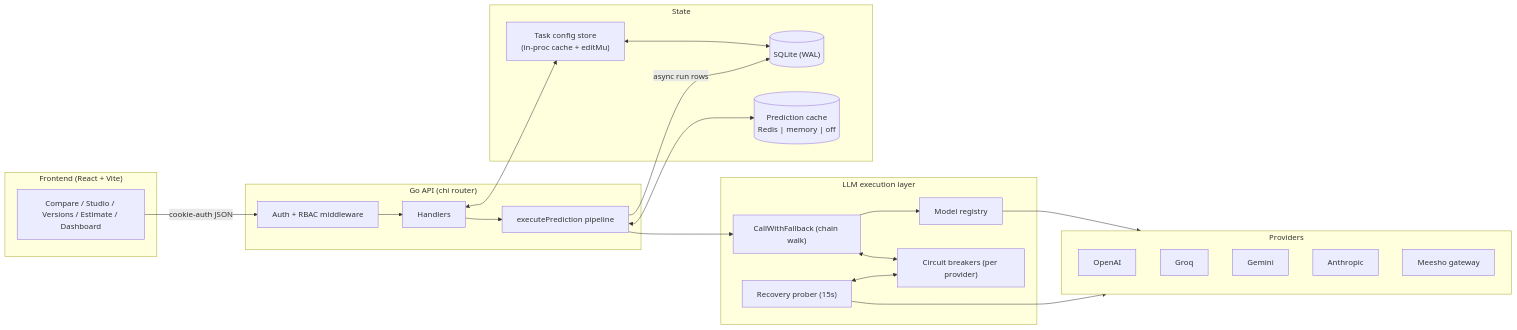
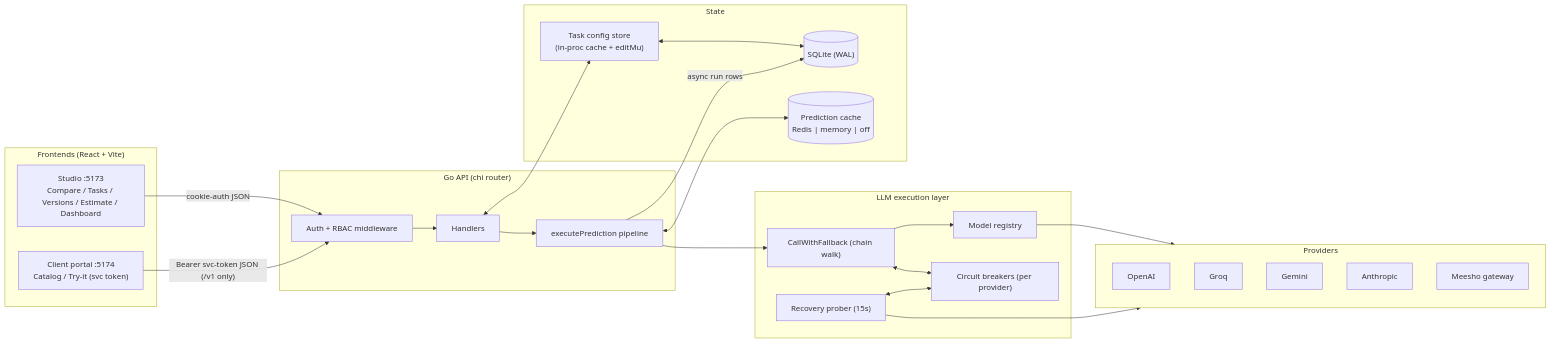
The first of 4 diagrams in docs/repo_work_doc.md (Anushka-meesho/llm_platform), drawn with Mermaid before and after one commit. The commit also changed other lines of this file and 1 other file, not shown here.

First line of the commit message:
docs: update repo guide + work doc for leaderboard, client portal, dev orchestrator

````diff
--- a/docs/repo_work_doc.md
+++ b/docs/repo_work_doc.md
@@ -11,40 +13,42 @@
 ```mermaid
 flowchart LR
-  subgraph Client["Frontend (React + Vite)"]
-    UI["Compare / Studio / Versions / Estimate / Dashboard"]
+  subgraph Client["Frontends (React + Vite)"]
+    UI["Studio :5173\nCompare / Tasks / Versions / Estimate / Dashboard"]
+    CP["Client portal :5174\nCatalog / Try-it (svc token)"]
   end
 
   subgraph API["Go API (chi router)"]
     MW["Auth + RBAC middleware"]
     H["Handlers"]
     EP["executePrediction pipeline"]
   end
 
   subgraph LLMCORE["LLM execution layer"]
     FB["CallWithFallback (chain walk)"]
     REG["Model registry"]
     BRK["Circuit breakers (per provider)"]
     PRB["Recovery prober (15s)"]
   end
 
   subgraph Providers["Providers"]
     OAI["OpenAI"]; GRQ["Groq"]; GEM["Gemini"]; ANT["Anthropic"]; MSH["Meesho gateway"]
   end
 
   subgraph State["State"]
     DB[("SQLite (WAL)")]
     CACHE[("Prediction cache\nRedis | memory | off")]
     STORE["Task config store\n(in-proc cache + editMu)"]
   end
 
   UI -->|"cookie-auth JSON"| MW --> H
+  CP -->|"Bearer svc-token JSON (/v1 only)"| MW
   H --> EP
   H <--> STORE
   STORE <--> DB
   EP --> FB --> REG --> Providers
   FB <--> BRK
   PRB --> Providers
   PRB <--> BRK
   EP <--> CACHE
   EP -->|"async run rows"| DB
 ```
````
